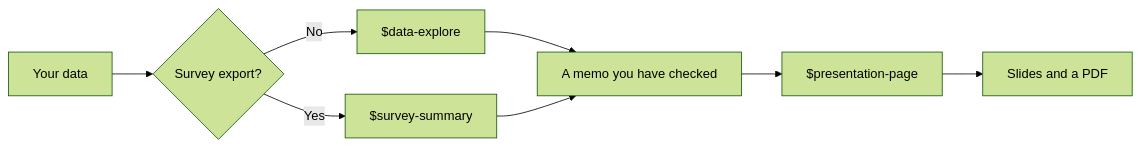
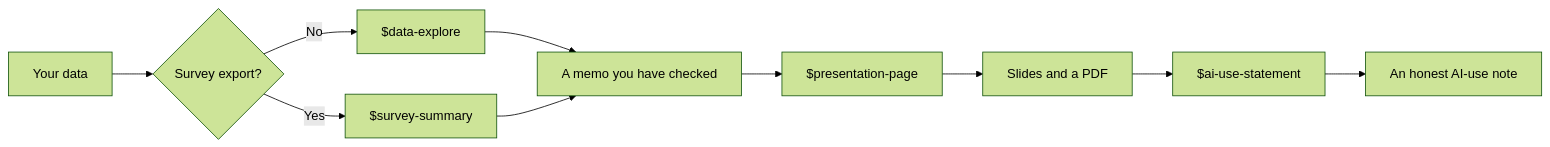
One commit to Pann13223029/codex-seminar changed the diagram in skills/README.md. Above: the diagram before and after it, drawn with Mermaid (forest theme). The commit also changed other lines of this file and 31 other files, not shown here.

````diff
--- a/skills/README.md
+++ b/skills/README.md
@@ -17,10 +18,12 @@
 ```mermaid
 flowchart LR
     A["Your data"] --> B{"Survey export?"}
     B -- "No" --> C["$data-explore"]
     B -- "Yes" --> D["$survey-summary"]
     C --> E["A memo you have checked"]
     D --> E
     E --> F["$presentation-page"]
     F --> G["Slides and a PDF"]
+    G --> H["$ai-use-statement"]
+    H --> I["An honest AI-use note"]
 ```
````
